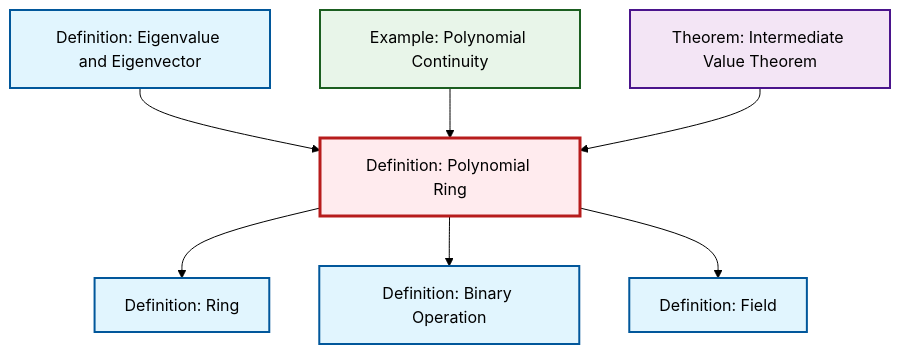
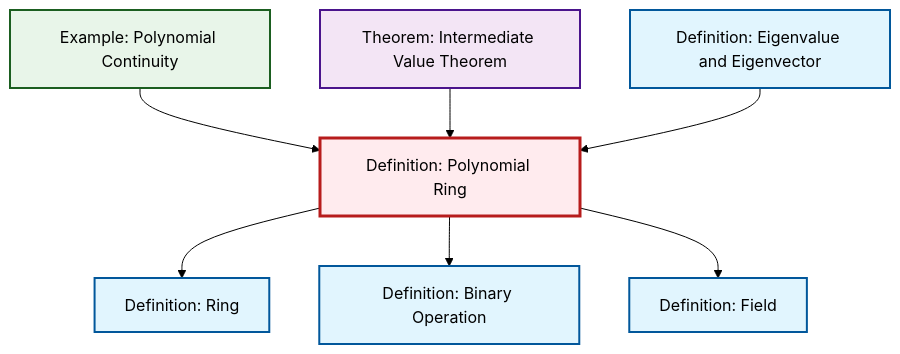
The diagram in content/ja/algebra/def-polynomial-ring.qmd (RK0429/ModernMath), drawn with Mermaid (forest theme) before and after one commit. The commit also changed other lines of this file and 497 other files, not shown here.

````diff
--- a/content/ja/algebra/def-polynomial-ring.qmd
+++ b/content/ja/algebra/def-polynomial-ring.qmd
@@ -94,29 +94,29 @@
 ```{mermaid}
 %%| fig-cap: "Local dependency graph"
 graph TD
     classDef definition fill:#e1f5fe,stroke:#01579b,stroke-width:2px
     classDef theorem fill:#f3e5f5,stroke:#4a148c,stroke-width:2px
     classDef axiom fill:#fff3e0,stroke:#e65100,stroke-width:2px
     classDef example fill:#e8f5e9,stroke:#1b5e20,stroke-width:2px
     classDef current fill:#ffebee,stroke:#b71c1c,stroke-width:3px
+    def-field["Definition: Field"]:::definition
+    def-eigenvalue-eigenvector["Definition: Eigenvalue and Eigenvector"]:::definition
+    thm-intermediate-value["Theorem: Intermediate Value Theorem"]:::theorem
+    def-binary-operation["Definition: Binary Operation"]:::definition
+    def-ring["Definition: Ring"]:::definition
     ex-polynomial-continuity["Example: Polynomial Continuity"]:::example
-    def-field["Definition: Field"]:::definition
-    thm-intermediate-value["Theorem: Intermediate Value Theorem"]:::theorem
-    def-eigenvalue-eigenvector["Definition: Eigenvalue and Eigenvector"]:::definition
     def-polynomial-ring["Definition: Polynomial Ring"]:::definition
-    def-ring["Definition: Ring"]:::definition
-    def-binary-operation["Definition: Binary Operation"]:::definition
-    def-eigenvalue-eigenvector --> def-polynomial-ring
+    ex-polynomial-continuity --> def-polynomial-ring
     def-polynomial-ring --> def-ring
-    ex-polynomial-continuity --> def-polynomial-ring
-    thm-intermediate-value --> def-polynomial-ring
     def-polynomial-ring --> def-binary-operation
     def-polynomial-ring --> def-field
+    thm-intermediate-value --> def-polynomial-ring
+    def-eigenvalue-eigenvector --> def-polynomial-ring
     class def-polynomial-ring current
+    click def-field "def-field.html" "Definition: Fieldへ"
+    click def-eigenvalue-eigenvector "def-eigenvalue-eigenvector.html" "Definition: Eigenvalue and Eigenvectorへ"
+    click thm-intermediate-value "thm-intermediate-value.html" "Theorem: Intermediate Value Theoremへ"
+    click def-binary-operation "def-binary-operation.html" "Definition: Binary Operationへ"
+    click def-ring "def-ring.html" "Definition: Ringへ"
     click ex-polynomial-continuity "ex-polynomial-continuity.html" "Example: Polynomial Continuityへ"
-    click def-field "def-field.html" "Definition: Fieldへ"
-    click thm-intermediate-value "thm-intermediate-value.html" "Theorem: Intermediate Value Theoremへ"
-    click def-eigenvalue-eigenvector "def-eigenvalue-eigenvector.html" "Definition: Eigenvalue and Eigenvectorへ"
-    click def-ring "def-ring.html" "Definition: Ringへ"
-    click def-binary-operation "def-binary-operation.html" "Definition: Binary Operationへ"
 ```
````
